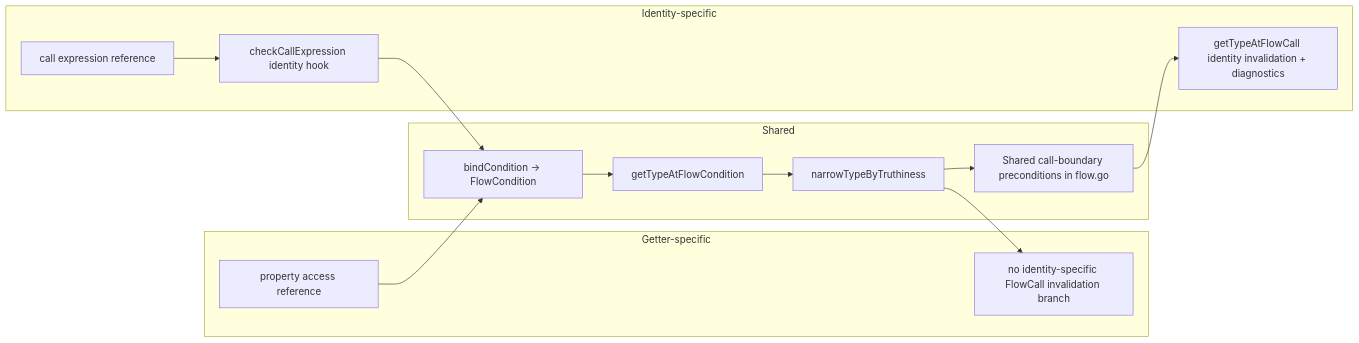
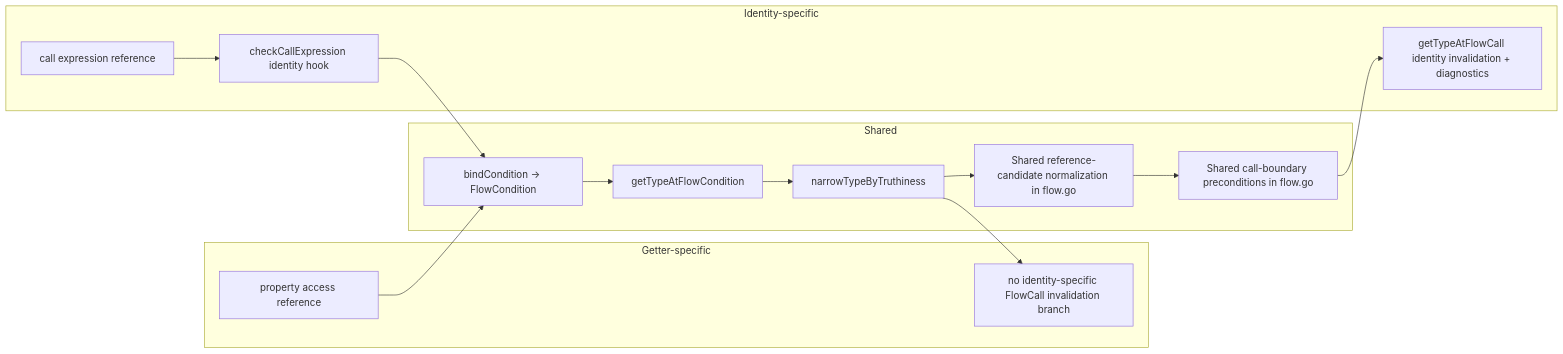
Before and after one commit to kbrilla/typescript-go: the third of 3 diagrams in docs/identity-phase1-pr-description.md, drawn with Mermaid. The commit also changed other lines of this file and 1 other file, not shown here.

Commit message:
Phase 1: unify flow reference candidate normalization

````diff
--- a/docs/identity-phase1-pr-description.md
+++ b/docs/identity-phase1-pr-description.md
@@ -67,26 +66,26 @@
 ```mermaid
 flowchart LR
   subgraph Shared[Shared]
     S1[bindCondition -> FlowCondition]
     S2[getTypeAtFlowCondition]
     S3[narrowTypeByTruthiness]
-    S4[Shared call-boundary preconditions in flow.go]
-    S1 --> S2 --> S3
-    S3 --> S4
+    S4[Shared reference-candidate normalization in flow.go]
+    S5[Shared call-boundary preconditions in flow.go]
+    S1 --> S2 --> S3 --> S4 --> S5
   end
 
   subgraph GetterOnly[Getter-specific]
     G1[property access reference]
     G2[no identity-specific FlowCall invalidation branch]
     G1 --> S1
     S3 --> G2
   end
 
   subgraph IdentityOnly[Identity-specific]
     I1[call expression reference]
     I2[checkCallExpression identity hook]
     I3[getTypeAtFlowCall identity invalidation + diagnostics]
     I1 --> I2 --> S1
-    S4 --> I3
+    S5 --> I3
   end
 ```
````
